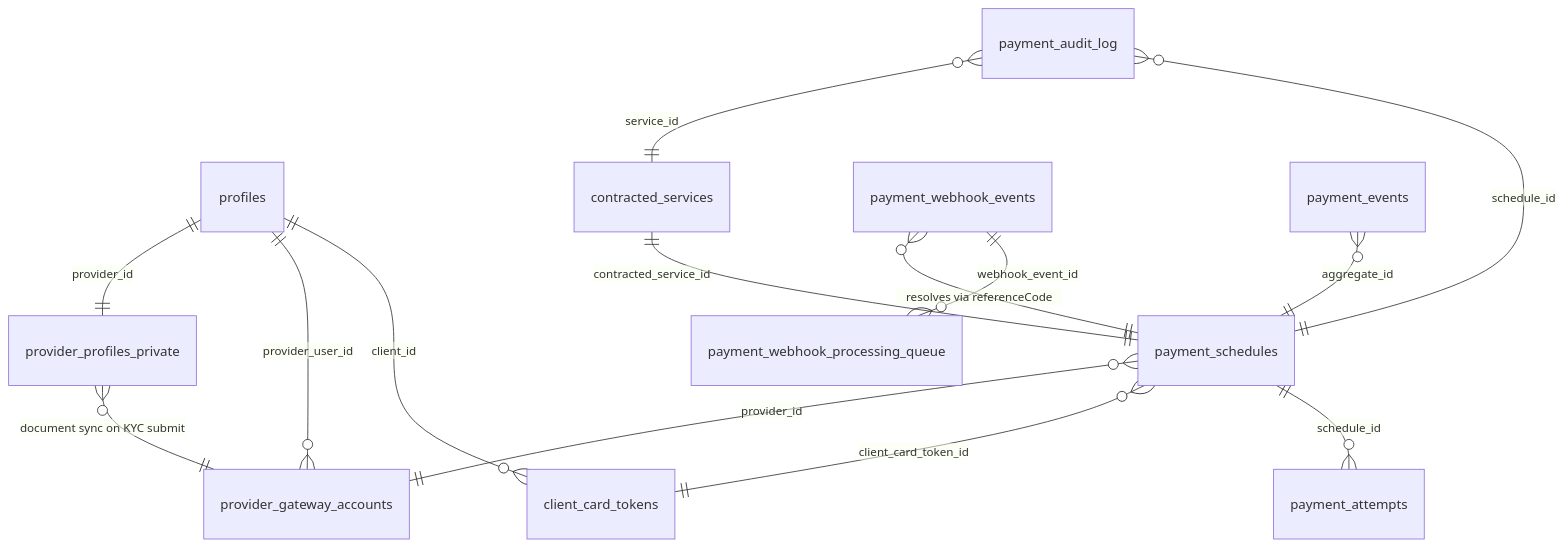
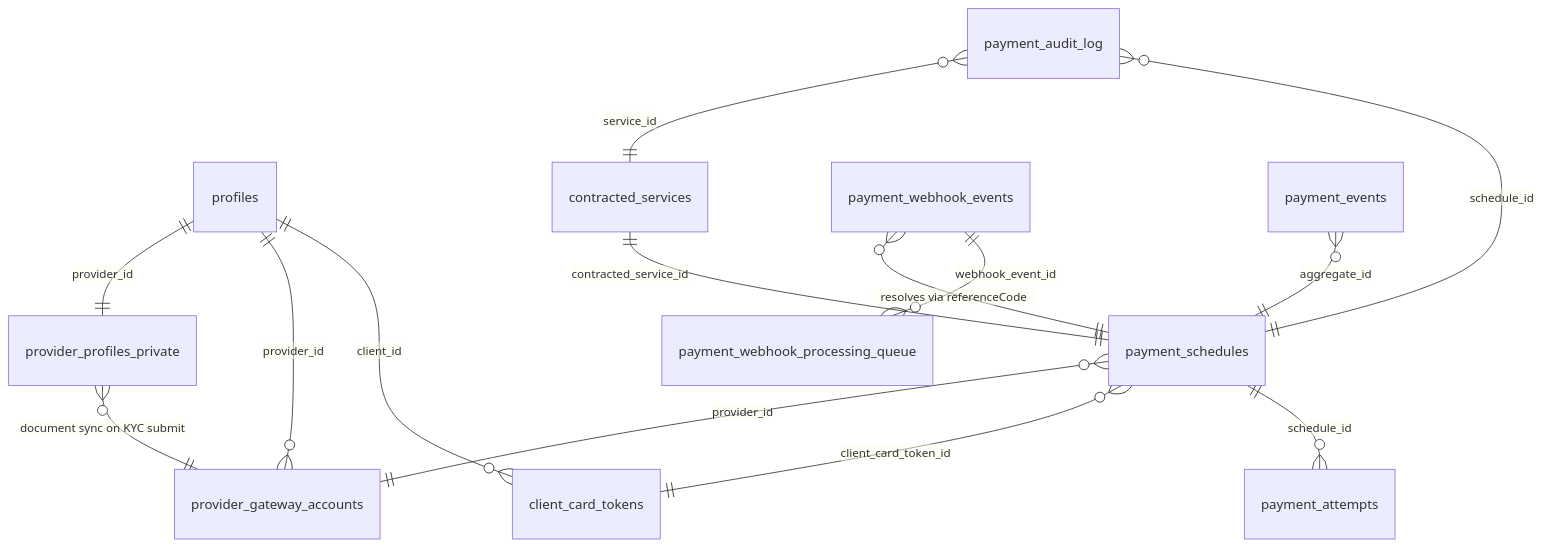
The third of 18 diagrams in docs/payment-system/design.md (higorpo/renovi-orbit-test), drawn with Mermaid before and after one commit. The commit also changed other lines of this file and 78 other files, not shown here.

````diff
--- a/docs/payment-system/design.md
+++ b/docs/payment-system/design.md
@@ -272,16 +272,16 @@
 ```mermaid
 erDiagram
     profiles ||--o{ client_card_tokens : "client_id"
-    profiles ||--o{ provider_gateway_accounts : "provider_user_id"
+    profiles ||--o{ provider_gateway_accounts : "provider_id"
     contracted_services ||--|| payment_schedules : "contracted_service_id"
     payment_schedules ||--o{ payment_attempts : "schedule_id"
     payment_schedules }o--|| client_card_tokens : "client_card_token_id"
     payment_schedules }o--|| provider_gateway_accounts : "provider_id"
     payment_webhook_events ||--o{ payment_webhook_processing_queue : "webhook_event_id"
     payment_webhook_events }o--|| payment_schedules : "resolves via referenceCode"
     payment_audit_log }o--|| payment_schedules : "schedule_id"
     payment_audit_log }o--|| contracted_services : "service_id"
     payment_events }o--|| payment_schedules : "aggregate_id"
     profiles ||--|| provider_profiles_private : "provider_id"
     provider_profiles_private }o--|| provider_gateway_accounts : "document sync on KYC submit"
 ```
````
